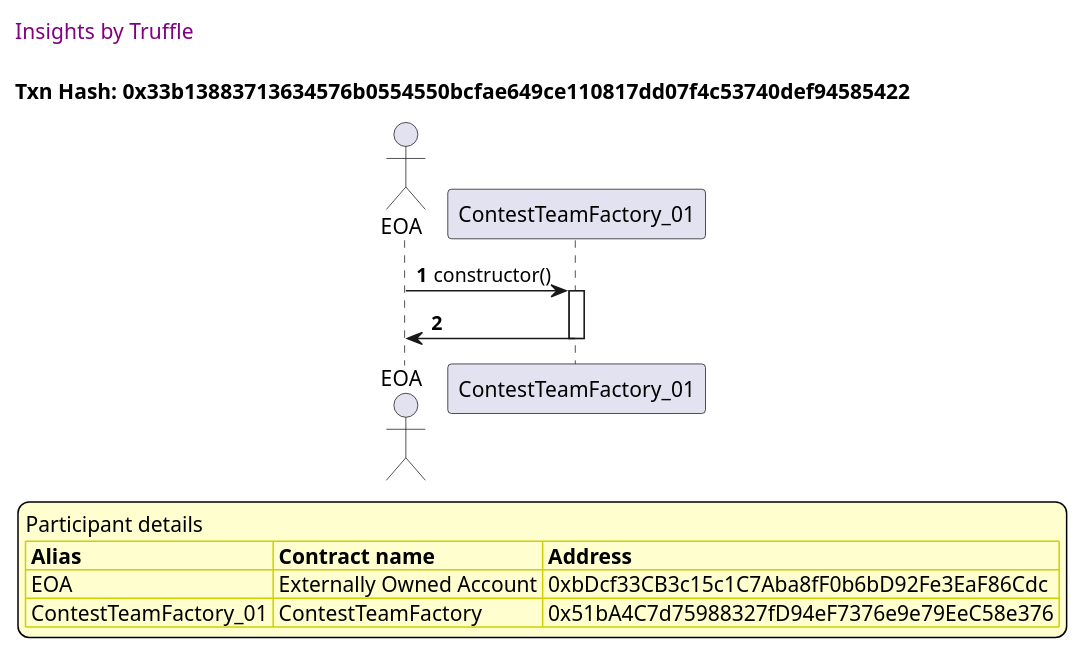
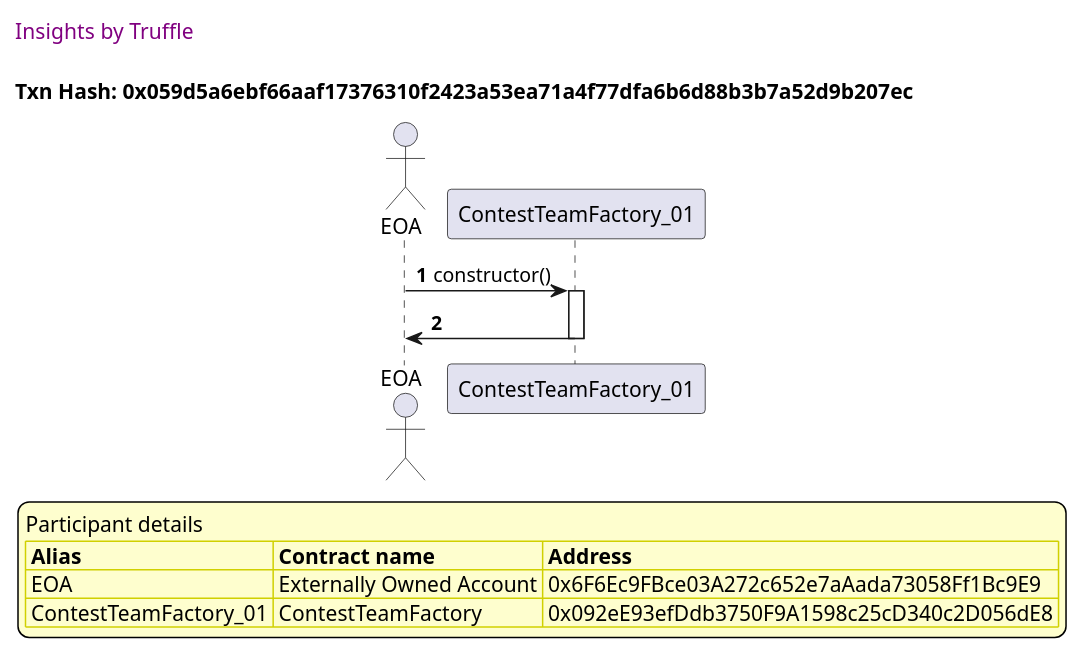
One commit to fodisi/hackapay changed the ninth of 11 diagrams in truffle-seq/factory_contestteamfactory.md. Above: the diagram before and after it, drawn with PlantUML. The commit also changed other lines of this file and 10 other files, not shown here.

````diff
--- a/truffle-seq/factory_contestteamfactory.md
+++ b/truffle-seq/factory_contestteamfactory.md
@@ -422,37 +422,37 @@
 ```plantuml
 
 
 @startuml
 
 autonumber
 skinparam legendBackgroundColor #FEFECE
 
 <style>
       header {
         HorizontalAlignment left
         FontColor purple
         FontSize 14
         Padding 10
       }
     </style>
 
 header Insights by Truffle
 
-title Txn Hash: 0x33b13883713634576b0554550bcfae649ce110817dd07f4c53740def94585422
+title Txn Hash: 0x059d5a6ebf66aaf17376310f2423a53ea71a4f77dfa6b6d88b3b7a52d9b207ec
 
 
 actor EOA as "EOA"
 participant ContestTeamFactory_01 as "ContestTeamFactory_01"
 
 "EOA" -> "ContestTeamFactory_01" ++: constructor()
 "ContestTeamFactory_01" -> "EOA" --: 
 
 legend
 Participant details
 <#FEFECE,#D0D000>|= Alias |= Contract name |= Address |
-<#FEFECE>| EOA | Externally Owned Account | 0xbDcf33CB3c15c1C7Aba8fF0b6bD92Fe3EaF86Cdc |
-<#FEFECE>| ContestTeamFactory_01 | ContestTeamFactory | 0x51bA4C7d75988327fD94eF7376e9e79EeC58e376 |
+<#FEFECE>| EOA | Externally Owned Account | 0x6F6Ec9FBce03A272c652e7aAada73058Ff1Bc9E9 |
+<#FEFECE>| ContestTeamFactory_01 | ContestTeamFactory | 0x092eE93efDdb3750F9A1598c25cD340c2D056dE8 |
 endlegend
 
 @enduml
 ```
````
